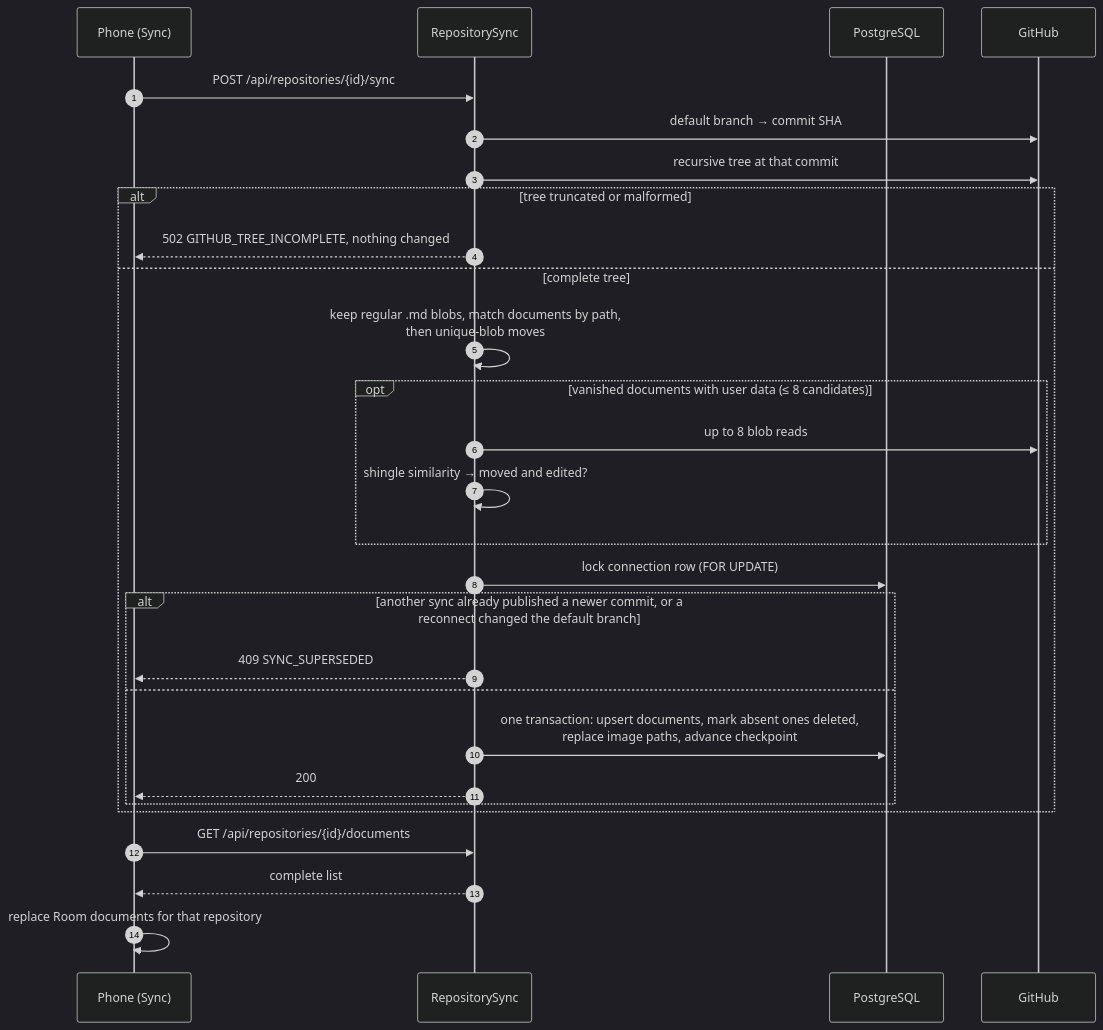
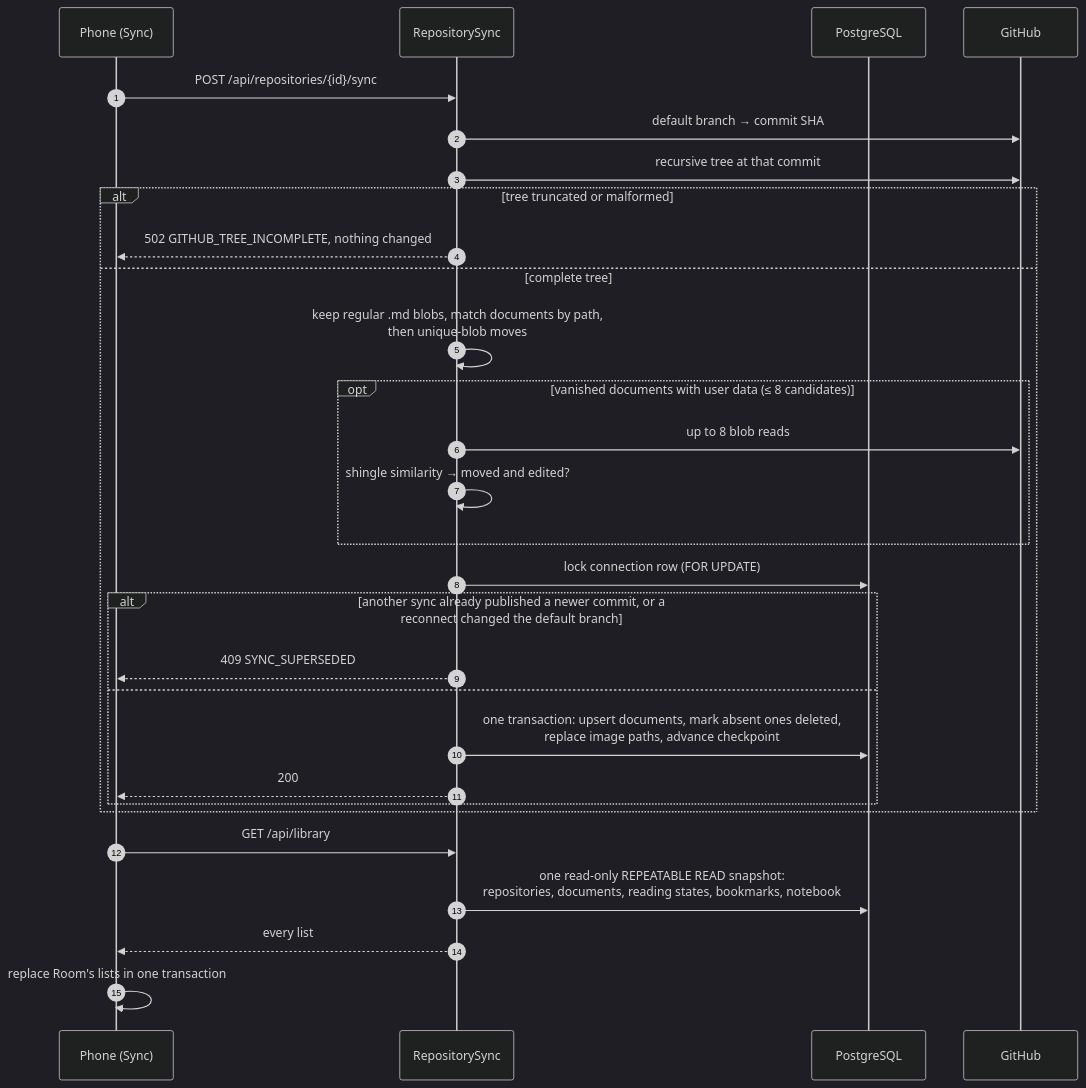
Before and after one commit to jaxwong/reporead: the seventh of 12 diagrams in docs/architecture.md, drawn with Mermaid (dark theme). The commit also changed other lines of this file and 4 other files, not shown here.

First line of the commit message:
Record the one-snapshot library read in the docs

````diff
--- a/docs/architecture.md
+++ b/docs/architecture.md
@@ -375,31 +383,32 @@
 ```mermaid
 sequenceDiagram
     autonumber
     participant App as Phone (Sync)
     participant API as RepositorySync
     participant DB as PostgreSQL
     participant GH as GitHub
 
     App->>API: POST /api/repositories/{id}/sync
     API->>GH: default branch → commit SHA
     API->>GH: recursive tree at that commit
     alt tree truncated or malformed
         API-->>App: 502 GITHUB_TREE_INCOMPLETE, nothing changed
     else complete tree
         API->>API: keep regular .md blobs, match documents by path,<br/>then unique-blob moves
         opt vanished documents with user data (≤ 8 candidates)
             API->>GH: up to 8 blob reads
             API->>API: shingle similarity → moved and edited?
         end
         API->>DB: lock connection row (FOR UPDATE)
         alt another sync already published a newer commit, or a reconnect changed the default branch
             API-->>App: 409 SYNC_SUPERSEDED
         else
             API->>DB: one transaction: upsert documents, mark absent ones deleted,<br/>replace image paths, advance checkpoint
             API-->>App: 200
         end
     end
-    App->>API: GET /api/repositories/{id}/documents
-    API-->>App: complete list
-    App->>App: replace Room documents for that repository
+    App->>API: GET /api/library
+    API->>DB: one read-only REPEATABLE READ snapshot:<br/>repositories, documents, reading states, bookmarks, notebook
+    API-->>App: every list
+    App->>App: replace Room's lists in one transaction
 ```
````
